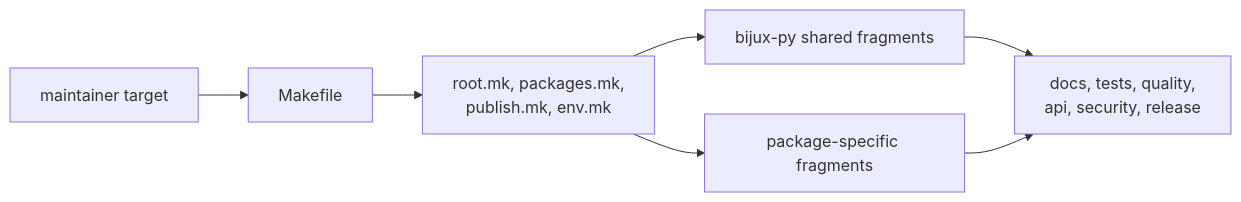
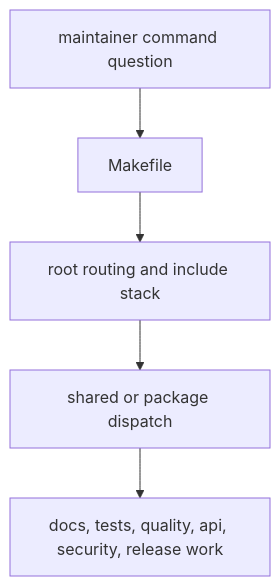
The diagram in docs/08-bijux-proteomics-maintain/makes/index.md (bijux/bijux-proteomics), drawn with Mermaid before and after one commit. The commit also changed other lines of this file, not shown here.

Commit message:
docs(makes): show make command routing flow

````diff
--- a/docs/08-bijux-proteomics-maintain/makes/index.md
+++ b/docs/08-bijux-proteomics-maintain/makes/index.md
@@ -17,15 +17,13 @@
 ```mermaid
-flowchart LR
-    maintainer["maintainer target"]
+flowchart TB
+    question["maintainer command question"]
     root["Makefile"]
-    routing["root.mk, packages.mk,<br/>publish.mk, env.mk"]
-    shared["bijux-py shared fragments"]
-    package["package-specific fragments"]
-    work["docs, tests, quality,<br/>api, security, release"]
+    routing["root routing and include stack"]
+    dispatch["shared or package dispatch"]
+    proof["docs, tests, quality, api, security, release work"]
 
-    maintainer --> root --> routing
-    routing --> shared
-    routing --> package
-    shared --> work
-    package --> work
+    question --> root
+    root --> routing
+    routing --> dispatch
+    dispatch --> proof
 ```
````
